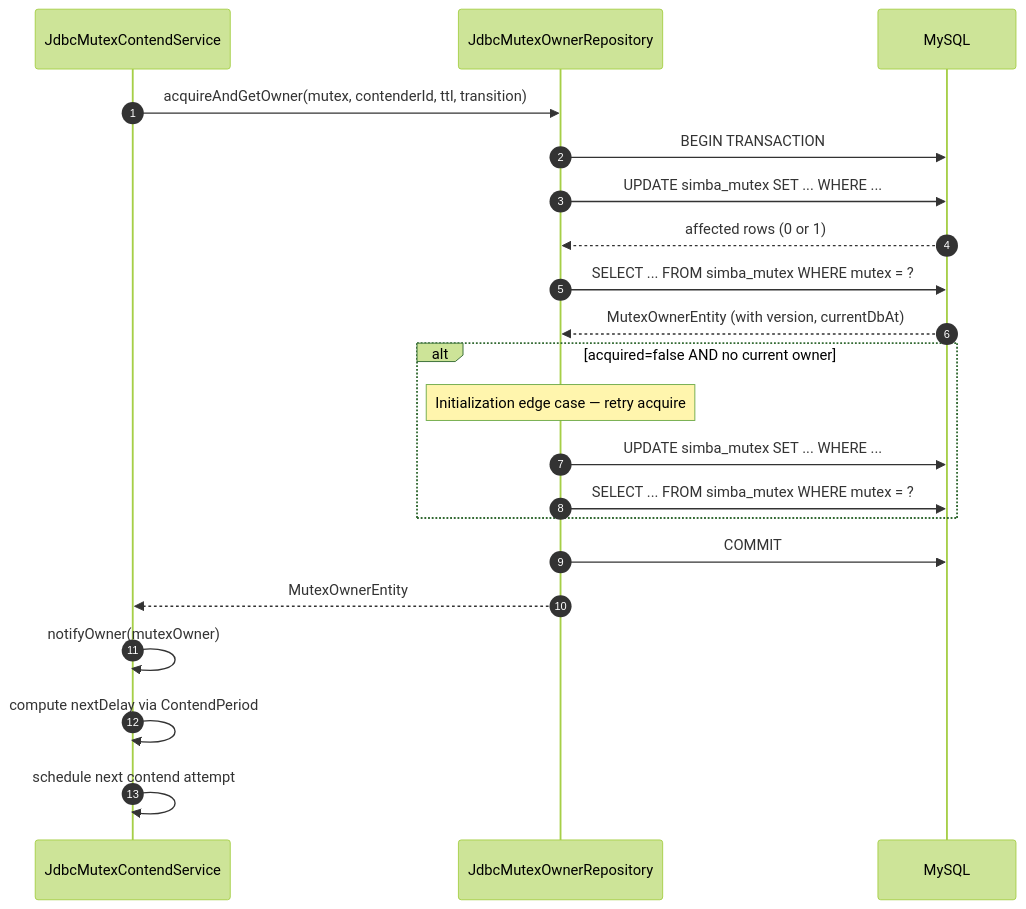
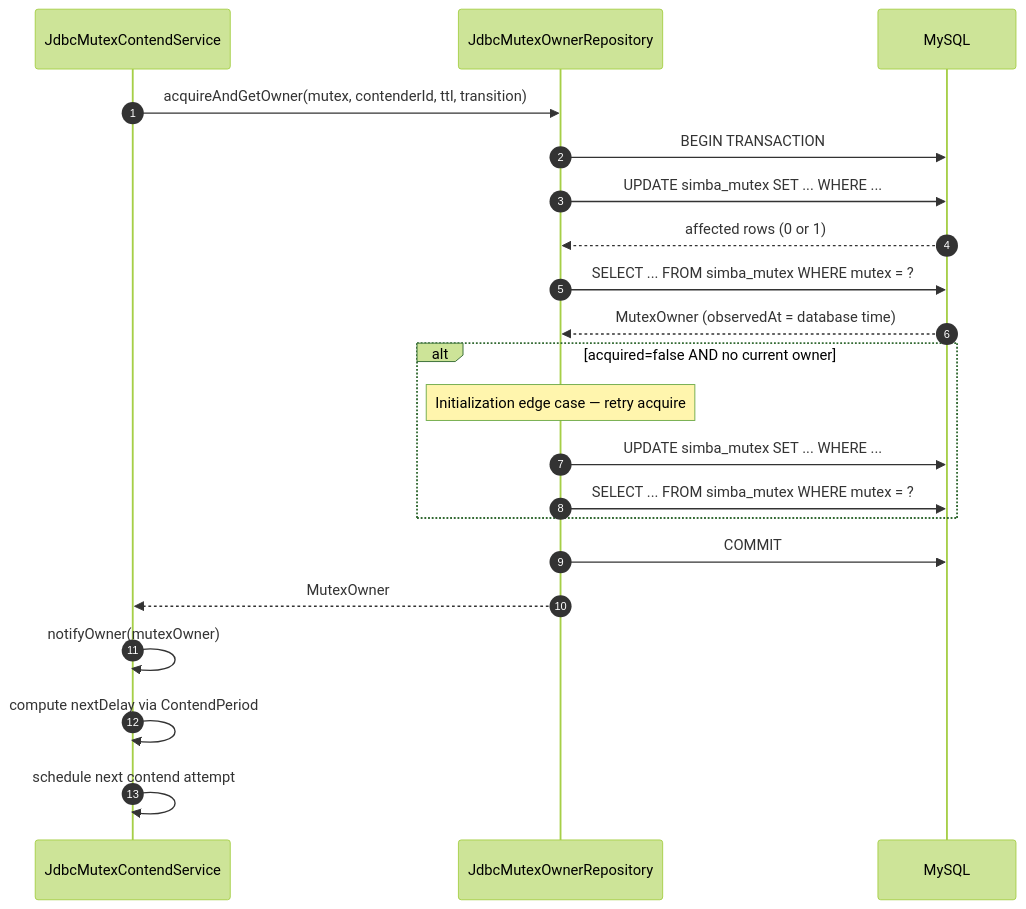
The second of 7 diagrams in wiki/architecture/backends.md (Ahoo-Wang/Simba), drawn with Mermaid (forest theme) before and after one commit. The commit also changed other lines of this file and 29 other files, not shown here.

First line of the commit message:
refactor(core)!: make MutexOwner an immutable value (#557)

````diff
--- a/wiki/architecture/backends.md
+++ b/wiki/architecture/backends.md
@@ -85,26 +83,26 @@
 ```mermaid
 sequenceDiagram
 autonumber
     participant CS as JdbcMutexContendService
     participant REPO as JdbcMutexOwnerRepository
     participant DB as MySQL
 
     CS->>REPO: acquireAndGetOwner(mutex, contenderId, ttl, transition)
     REPO->>DB: BEGIN TRANSACTION
     REPO->>DB: UPDATE simba_mutex SET ... WHERE ...
     DB-->>REPO: affected rows (0 or 1)
     REPO->>DB: SELECT ... FROM simba_mutex WHERE mutex = ?
-    DB-->>REPO: MutexOwnerEntity (with version, currentDbAt)
+    DB-->>REPO: MutexOwner (observedAt = database time)
 
     alt acquired=false AND no current owner
         Note over REPO: Initialization edge case — retry acquire
         REPO->>DB: UPDATE simba_mutex SET ... WHERE ...
         REPO->>DB: SELECT ... FROM simba_mutex WHERE mutex = ?
     end
 
     REPO->>DB: COMMIT
-    REPO-->>CS: MutexOwnerEntity
+    REPO-->>CS: MutexOwner
     CS->>CS: notifyOwner(mutexOwner)
     CS->>CS: compute nextDelay via ContendPeriod
     CS->>CS: schedule next contend attempt
 ```
````
